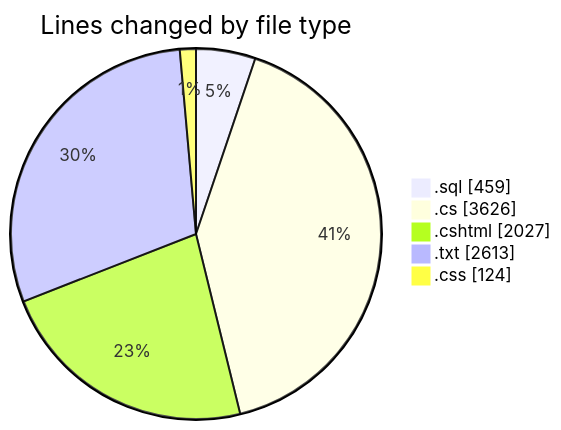
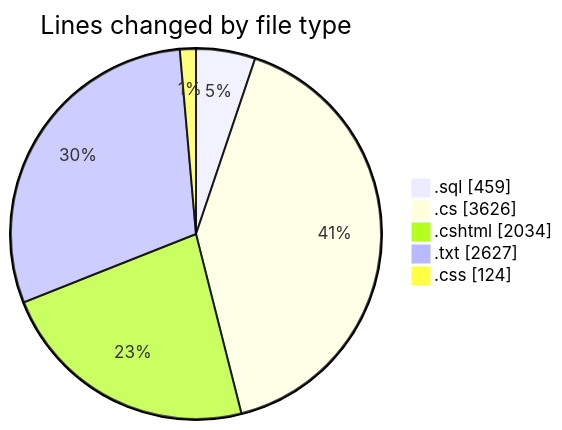
One commit to lephambinh05/code-tracking changed the first of 2 diagrams in 2025-07-23/quanlyrapchieuphim/README.md. Above: the diagram before and after it, drawn with Mermaid. The commit also changed other lines of this file and 1 other file, not shown here.

````diff
--- a/2025-07-23/quanlyrapchieuphim/README.md
+++ b/2025-07-23/quanlyrapchieuphim/README.md
@@ -34,9 +34,9 @@
 ```mermaid
 pie showData
 title Lines changed by file type
 ".sql" : 459
 ".cs" : 3626
-".cshtml" : 2027
-".txt" : 2613
+".cshtml" : 2034
+".txt" : 2627
 ".css" : 124
 ```
````
